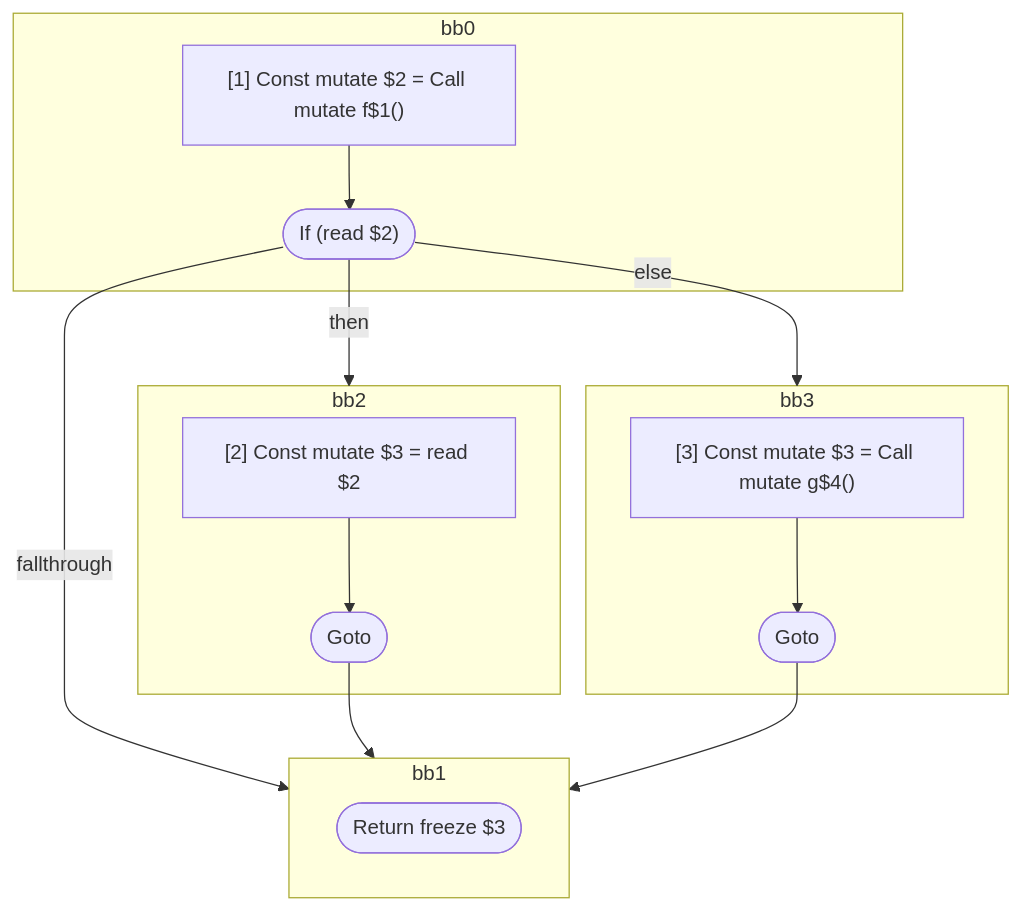
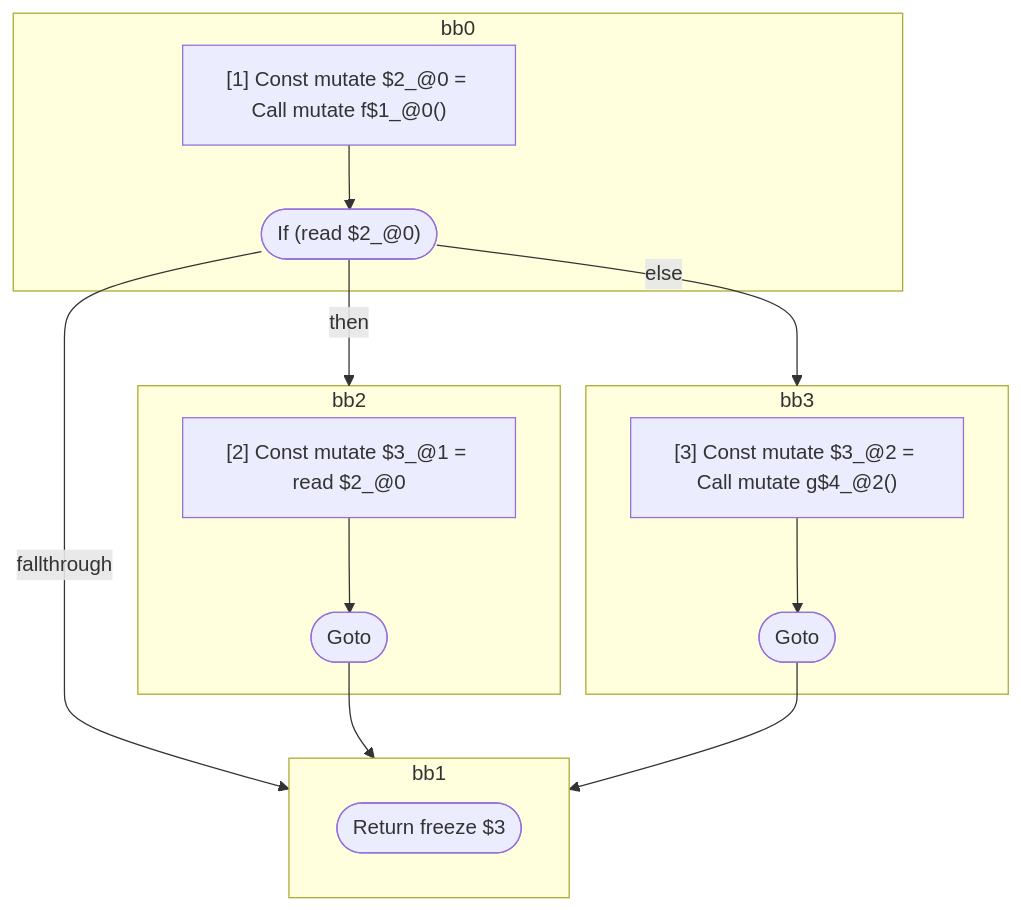
One commit to wutsmog/private changed the second of 5 diagrams in compiler/forget/src/__tests__/fixtures/hir/logical-expression.expect.md. Above: the diagram before and after it, drawn with Mermaid. The commit also changed other lines of this file and 60 other files, not shown here.

````diff
--- a/compiler/forget/src/__tests__/fixtures/hir/logical-expression.expect.md
+++ b/compiler/forget/src/__tests__/fixtures/hir/logical-expression.expect.md
@@ -109,33 +109,33 @@
 ```mermaid
 flowchart TB
   %% Basic Blocks
   subgraph bb0
     bb0_instrs["
-      [1] Const mutate $2 = Call mutate f$1()
+      [1] Const mutate $2_@0 = Call mutate f$1_@0()
     "]
-    bb0_instrs --> bb0_terminal(["If (read $2)"])
+    bb0_instrs --> bb0_terminal(["If (read $2_@0)"])
   end
   subgraph bb2
     bb2_instrs["
-      [2] Const mutate $3 = read $2
+      [2] Const mutate $3_@1 = read $2_@0
     "]
     bb2_instrs --> bb2_terminal(["Goto"])
   end
   subgraph bb3
     bb3_instrs["
-      [3] Const mutate $3 = Call mutate g$4()
+      [3] Const mutate $3_@2 = Call mutate g$4_@2()
     "]
     bb3_instrs --> bb3_terminal(["Goto"])
   end
   subgraph bb1
     bb1_terminal(["Return freeze $3"])
   end
 
   %% Jumps
   bb0_terminal -- then --> bb2
   bb0_terminal -- else --> bb3
   bb0_terminal -- fallthrough --> bb1
   bb2_terminal --> bb1
   bb3_terminal --> bb1
 
 ```
````
